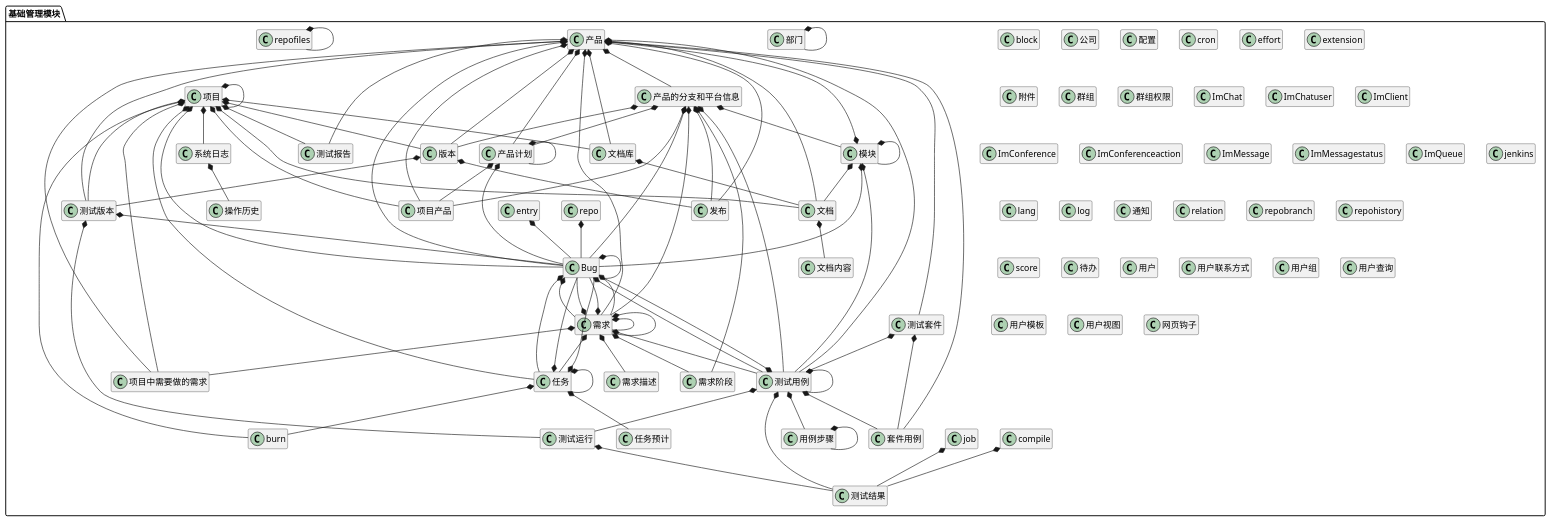
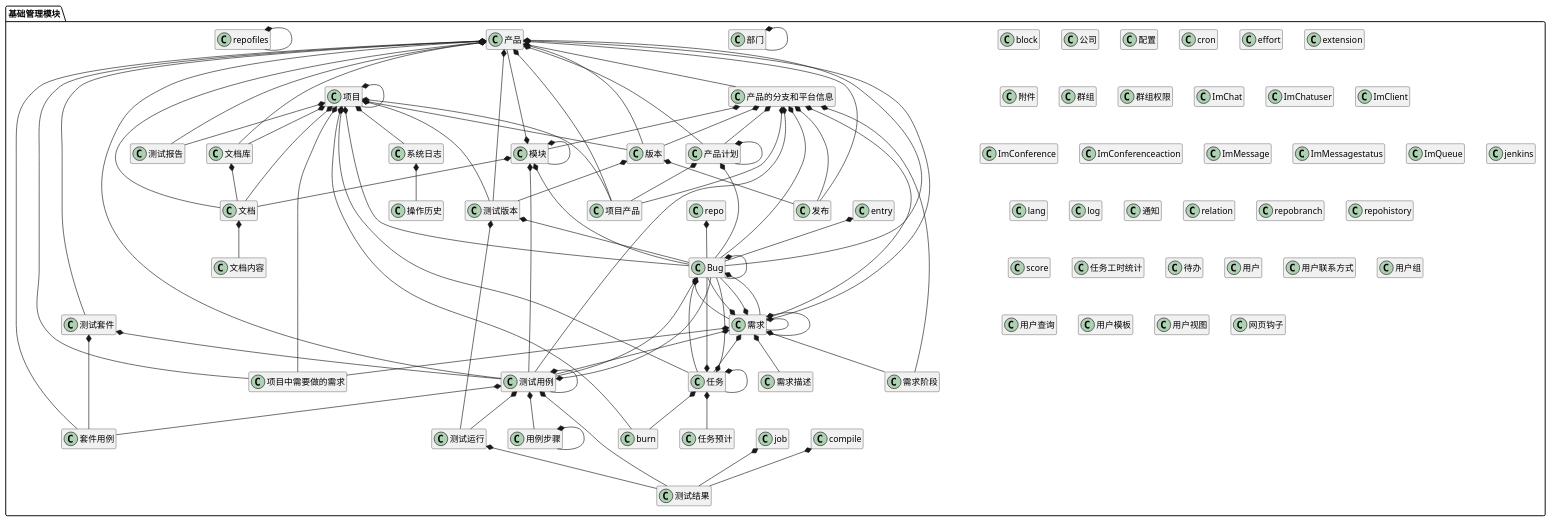
Before and after one commit to zj335841911/nt_chandao: the second of 8 diagrams in ibizpms-docs/src/main/doc/v1/module/module_index.md, drawn with PlantUML. The commit also changed 61 other files, not shown here.

```diff
--- a/ibizpms-docs/src/main/doc/v1/module/module_index.md
+++ b/ibizpms-docs/src/main/doc/v1/module/module_index.md
@@ -327,6 +327,9 @@
 }
 
 class 任务预计 {
+}
+
+class 任务工时统计 {
 }
 
 class 群组 {
```
